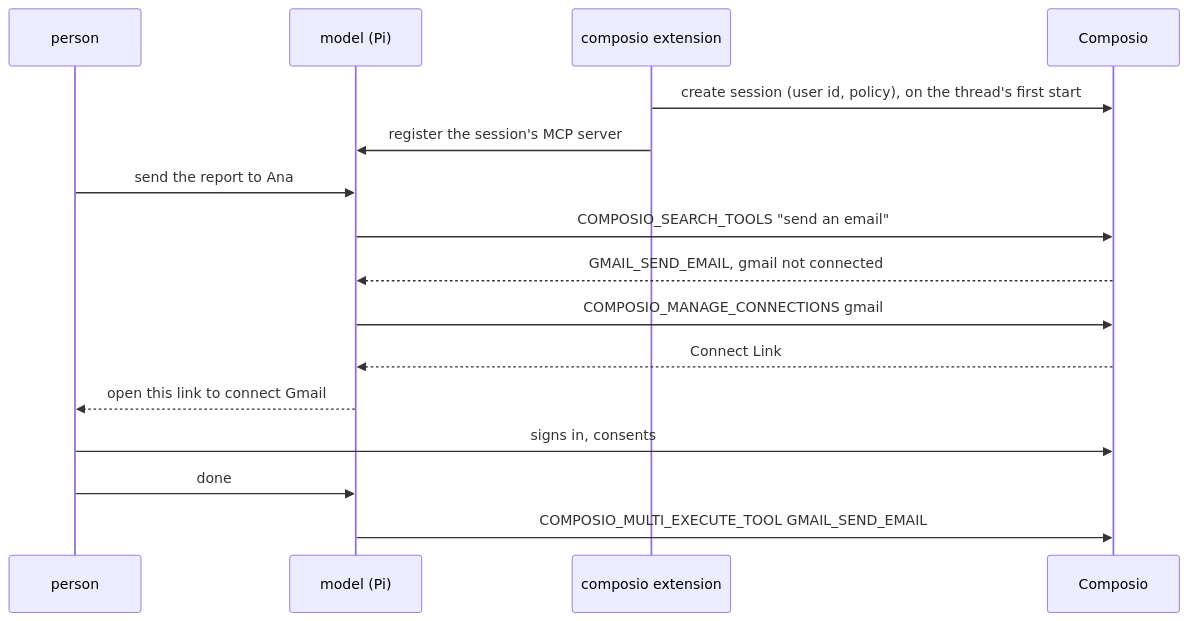
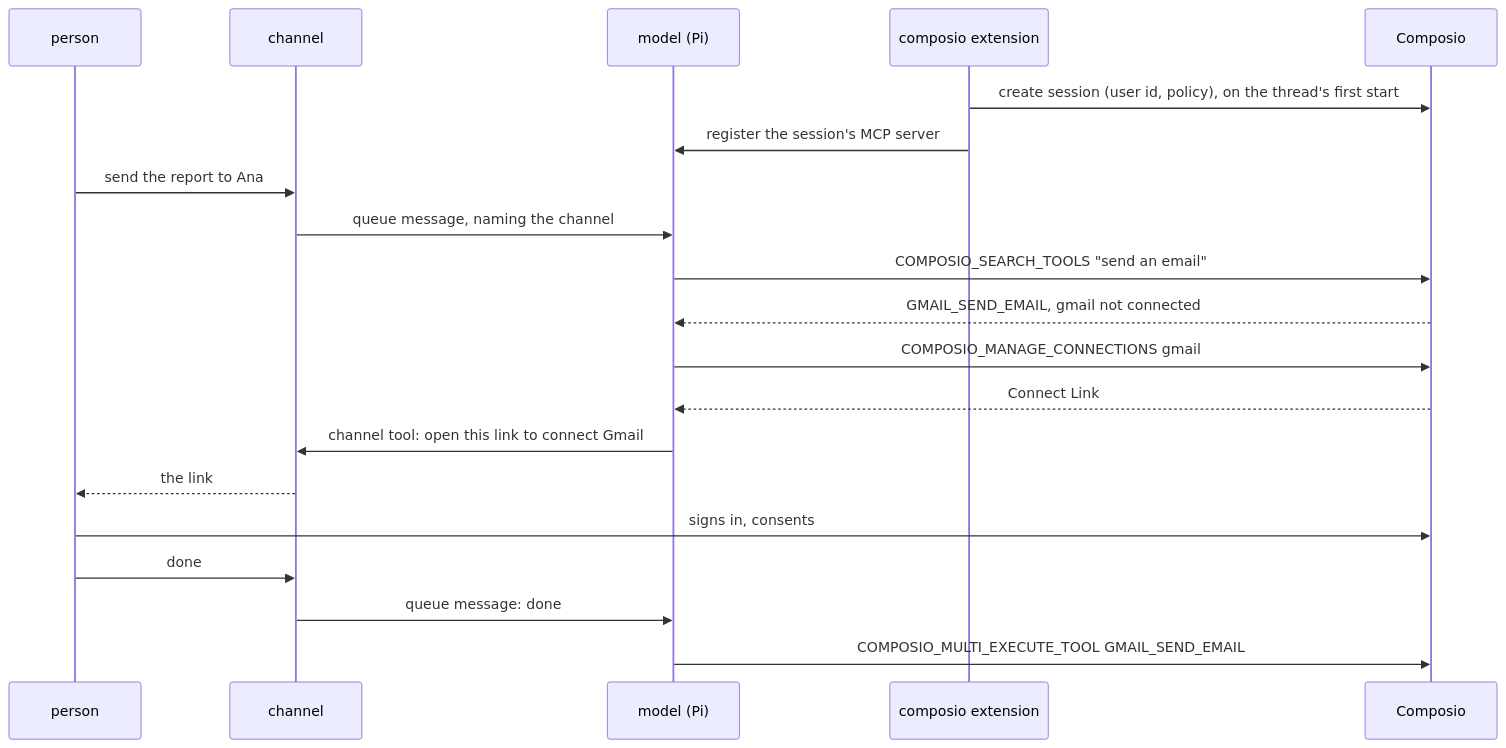
The diagram in docs/todos/composio-access.md (cognisphere-sh/agent-x), drawn with Mermaid before and after one commit. The commit also changed other lines of this file and 2 other files, not shown here.

First line of the commit message:
docs: Composio plan per agent and thread; message channels todo

````diff
--- a/docs/todos/composio-access.md
+++ b/docs/todos/composio-access.md
@@ -34,18 +36,22 @@
 ```mermaid
 sequenceDiagram
   participant P as person
+  participant H as channel
   participant M as model (Pi)
   participant X as composio extension
   participant C as Composio
   X->>C: create session (user id, policy), on the thread's first start
   X->>M: register the session's MCP server
-  P->>M: send the report to Ana
+  P->>H: send the report to Ana
+  H->>M: queue message, naming the channel
   M->>C: COMPOSIO_SEARCH_TOOLS "send an email"
   C-->>M: GMAIL_SEND_EMAIL, gmail not connected
   M->>C: COMPOSIO_MANAGE_CONNECTIONS gmail
   C-->>M: Connect Link
-  M-->>P: open this link to connect Gmail
+  M->>H: channel tool: open this link to connect Gmail
+  H-->>P: the link
   P->>C: signs in, consents
-  P->>M: done
+  P->>H: done
+  H->>M: queue message: done
   M->>C: COMPOSIO_MULTI_EXECUTE_TOOL GMAIL_SEND_EMAIL
 ```
````
